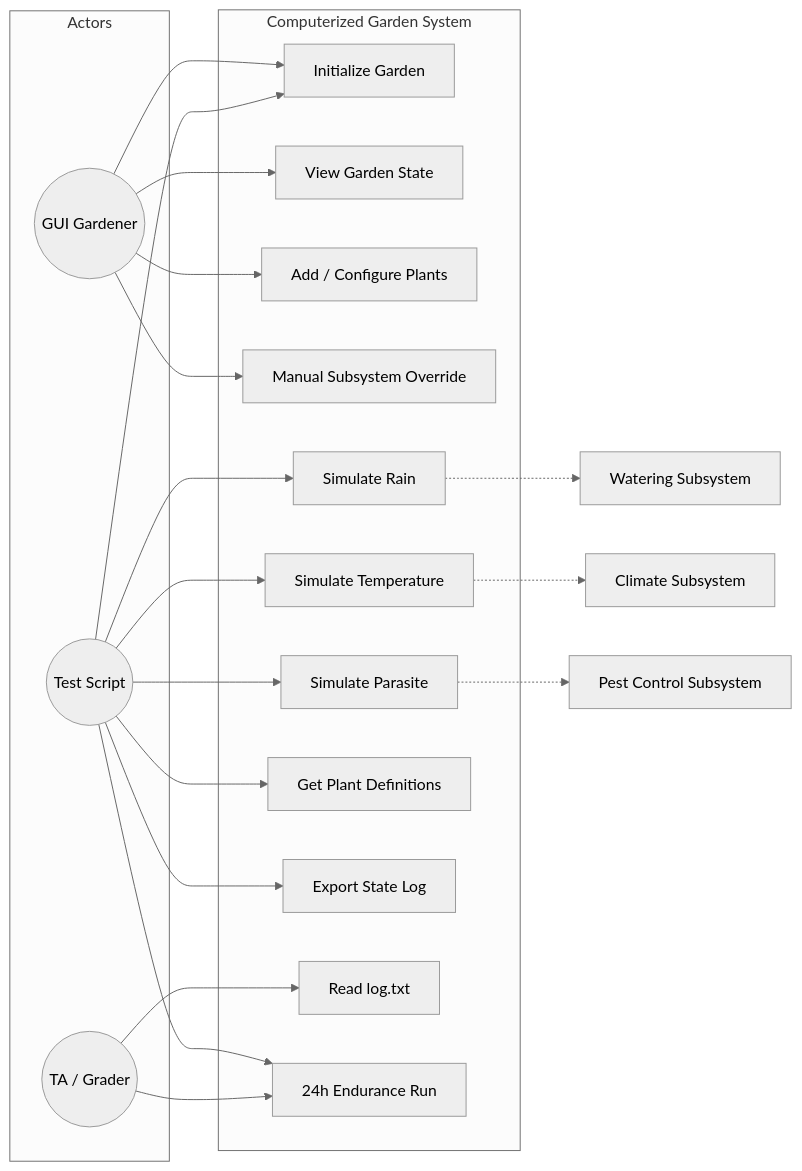
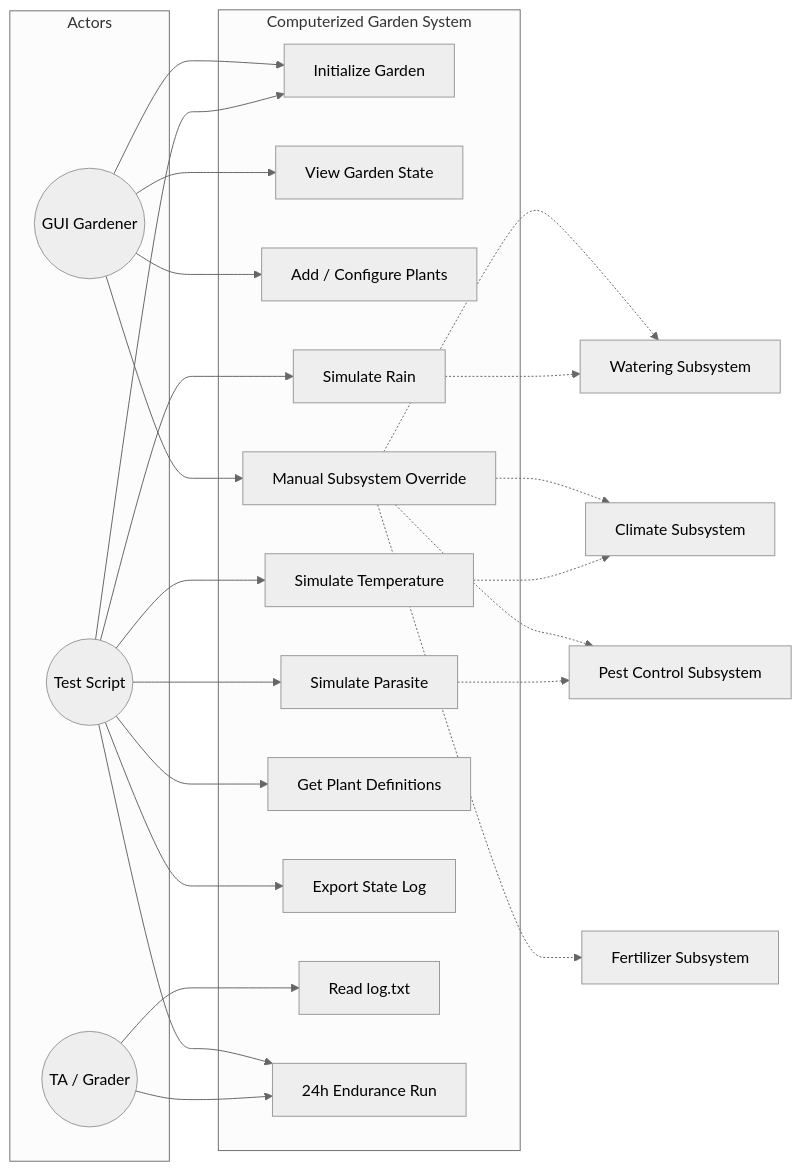
One commit to Calvingo/CSEN275_final_project changed the first of 8 diagrams in docs/02-uml-design.md. Above: the diagram before and after it, drawn with Mermaid (neutral theme). The commit also changed other lines of this file, not shown here.

Commit message:
Update UML design doc to match implementation

````diff
--- a/docs/02-uml-design.md
+++ b/docs/02-uml-design.md
@@ -9,39 +9,43 @@
 ```mermaid
 flowchart LR
     subgraph Actors
         Gardener((GUI Gardener))
         Script((Test Script))
         TA((TA / Grader))
     end
 
     subgraph GardenSystem[Computerized Garden System]
         UC1[Initialize Garden]
         UC2[View Garden State]
         UC3[Add / Configure Plants]
         UC4[Manual Subsystem Override]
         UC5[Simulate Rain]
         UC6[Simulate Temperature]
         UC7[Simulate Parasite]
         UC8[Get Plant Definitions]
         UC9[Export State Log]
         UC10[Read log.txt]
         UC11[24h Endurance Run]
     end
 
     Gardener --> UC1
     Gardener --> UC2
     Gardener --> UC3
     Gardener --> UC4
     Script --> UC1
     Script --> UC5
     Script --> UC6
     Script --> UC7
     Script --> UC8
     Script --> UC9
     Script --> UC11
     TA --> UC10
     TA --> UC11
-    UC5 -.-> Watering[Watering Subsystem]
-    UC6 -.-> Climate[Climate Subsystem]
-    UC7 -.-> Pest[Pest Control Subsystem]
+    UC4 -.-> Watering[Watering Subsystem]
+    UC4 -.-> Climate[Climate Subsystem]
+    UC4 -.-> Pest[Pest Control Subsystem]
+    UC4 -.-> Fertilizer[Fertilizer Subsystem]
+    UC5 -.-> Watering
+    UC6 -.-> Climate
+    UC7 -.-> Pest
 ```
````
